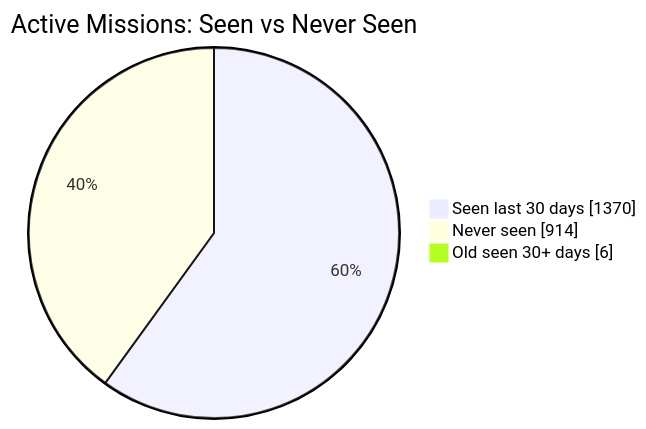
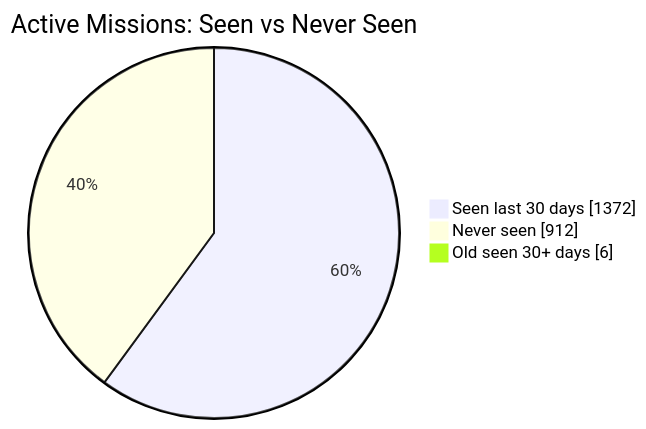
One commit to MeldkamerspelGameTeam/active-missions changed the first of 2 diagrams in README.md. Above: the diagram before and after it, drawn with Mermaid. The commit also changed other lines of this file and 2 other files, not shown here.

````diff
--- a/README.md
+++ b/README.md
@@ -34,7 +34,7 @@
 ```mermaid
 pie showData
     title Active Missions: Seen vs Never Seen
-    "Seen last 30 days" : 1370
-    "Never seen" : 914
+    "Seen last 30 days" : 1372
+    "Never seen" : 912
     "Old seen 30+ days" : 6
 ```
````
